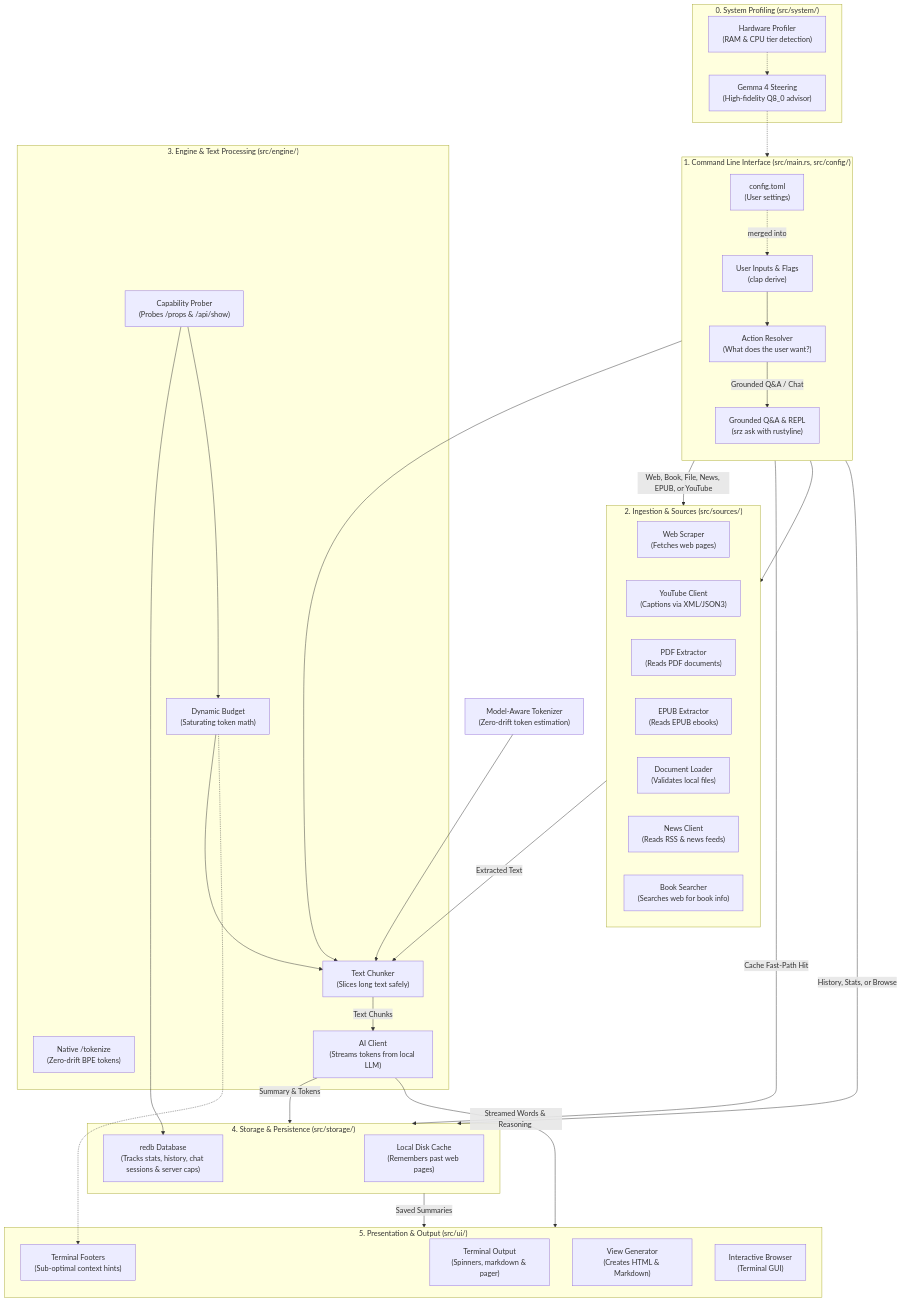
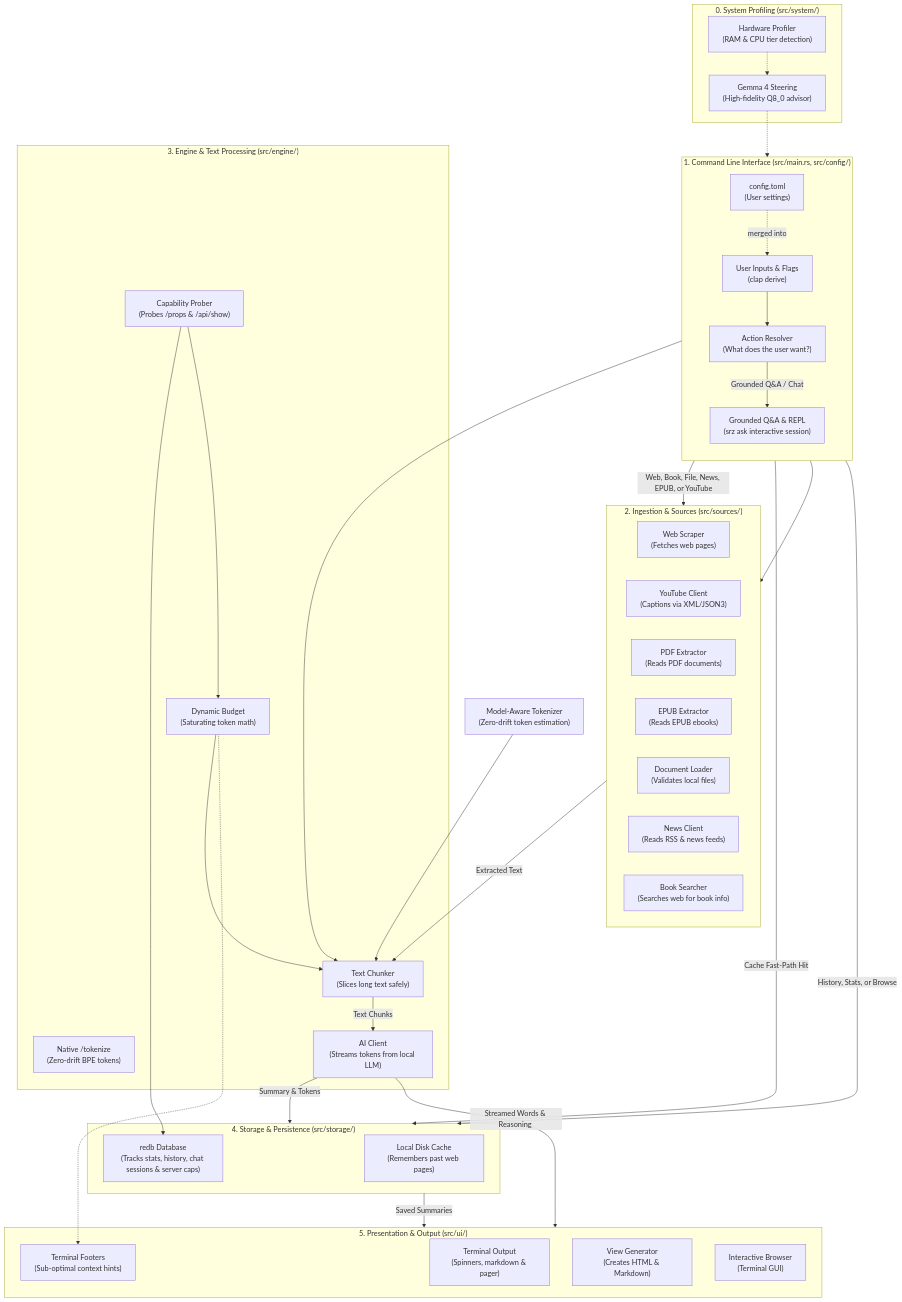
The first of 3 diagrams in docs/src/rust_learning_guide.md (NewGuy012/srz), drawn with Mermaid before and after one commit. The commit also changed 2 other files, not shown here.

Commit message:
docs: update documentation for streamlined dependencies and architecture

````diff
--- a/docs/src/rust_learning_guide.md
+++ b/docs/src/rust_learning_guide.md
@@ -922,62 +922,62 @@
 ```mermaid
 flowchart TD
     subgraph System ["0. System Profiling (src/system/)"]
         Hw["Hardware Profiler<br/>(RAM & CPU tier detection)"]
         GemmaSteering["Gemma 4 Steering<br/>(High-fidelity Q8_0 advisor)"]
     end
 
     subgraph CLI ["1. Command Line Interface (src/main.rs, src/config/)"]
         direction TB
         Args["User Inputs & Flags<br/>(clap derive)"] --> Resolver["Action Resolver<br/>(What does the user want?)"]
         ConfigFile["config.toml<br/>(User settings)"] -. merged into .-> Args
-        AskFlow["Grounded Q&A & REPL<br/>(srz ask with rustyline)"]
+        AskFlow["Grounded Q&A & REPL<br/>(srz ask interactive session)"]
     end
 
     subgraph Sources ["2. Ingestion & Sources (src/sources/)"]
         WebScraper["Web Scraper<br/>(Fetches web pages)"]
         YouTube["YouTube Client<br/>(Captions via XML/JSON3)"]
         PdfExtractor["PDF Extractor<br/>(Reads PDF documents)"]
         EpubExtractor["EPUB Extractor<br/>(Reads EPUB ebooks)"]
         DocLoader["Document Loader<br/>(Validates local files)"]
         NewsClient["News Client<br/>(Reads RSS & news feeds)"]
         Searcher["Book Searcher<br/>(Searches web for book info)"]
     end
 
     subgraph Engine ["3. Engine & Text Processing (src/engine/)"]
         Discovery["Capability Prober<br/>(Probes /props & /api/show)"]
         BudgetEngine["Dynamic Budget<br/>(Saturating token math)"]
         NativeTokenize["Native /tokenize<br/>(Zero-drift BPE tokens)"]
         Chunker["Text Chunker<br/>(Slices long text safely)"]
         LLM["AI Client<br/>(Streams tokens from local LLM)"]
     end
 
     subgraph Storage ["4. Storage & Persistence (src/storage/)"]
         Cache["Local Disk Cache<br/>(Remembers past web pages)"]
         DB["redb Database<br/>(Tracks stats, history, chat sessions & server caps)"]
     end
 
     subgraph UI ["5. Presentation & Output (src/ui/)"]
         Terminal["Terminal Output<br/>(Spinners, markdown & pager)"]
         Hints["Terminal Footers<br/>(Sub-optimal context hints)"]
         Render["View Generator<br/>(Creates HTML & Markdown)"]
         TUI["Interactive Browser<br/>(Terminal GUI)"]
     end
 
     Hw -.-> GemmaSteering -.-> Resolver
     Resolver -->|"Web, Book, File, News, EPUB, or YouTube"| Sources
     Resolver -->|"Cache Fast-Path Hit"| Storage
     Resolver -->|"Grounded Q&A / Chat"| AskFlow
     AskFlow --> Sources
     AskFlow --> Chunker
     Sources -->|"Extracted Text"| Chunker
     Discovery --> DB
     Discovery --> BudgetEngine
     ModelAwareTokenize["Model-Aware Tokenizer<br/>(Zero-drift token estimation)"] --> Chunker
     BudgetEngine --> Chunker
     Chunker -->|"Text Chunks"| LLM
     LLM -->|"Summary & Tokens"| Storage
     LLM -->|"Streamed Words & Reasoning <think>"| UI
     BudgetEngine -.-> Hints
     Resolver -->|"History, Stats, or Browse"| Storage
     Storage -->|"Saved Summaries"| UI
 ```
````
